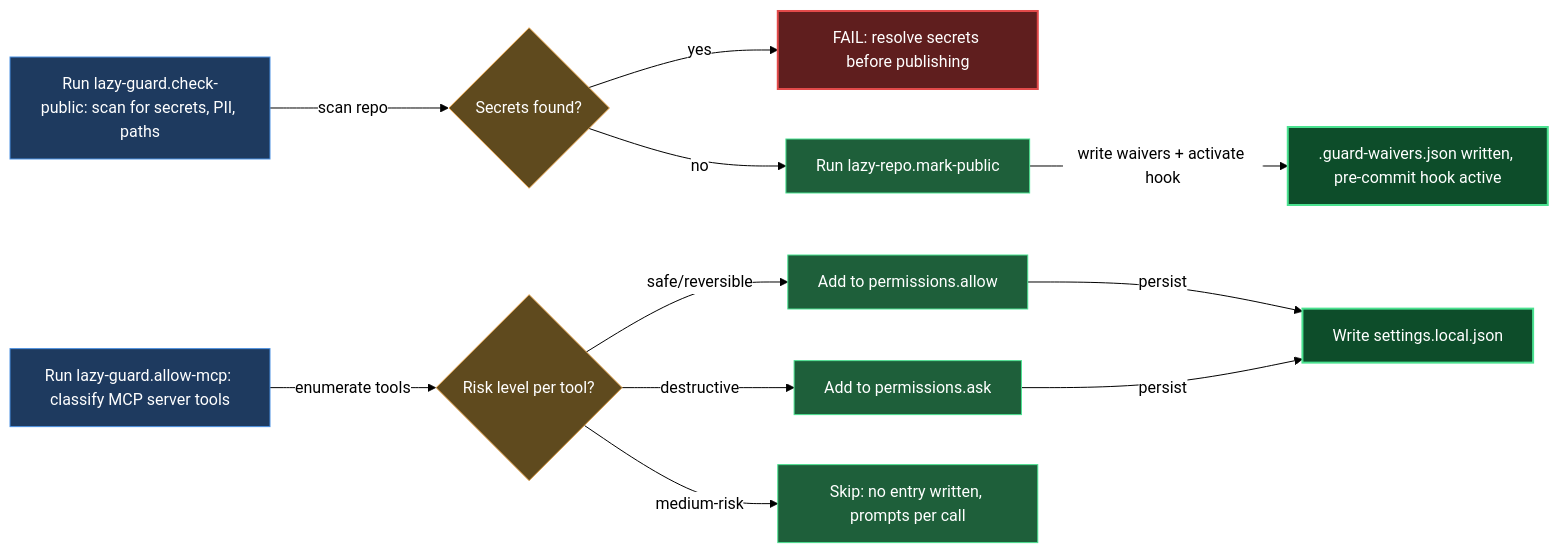
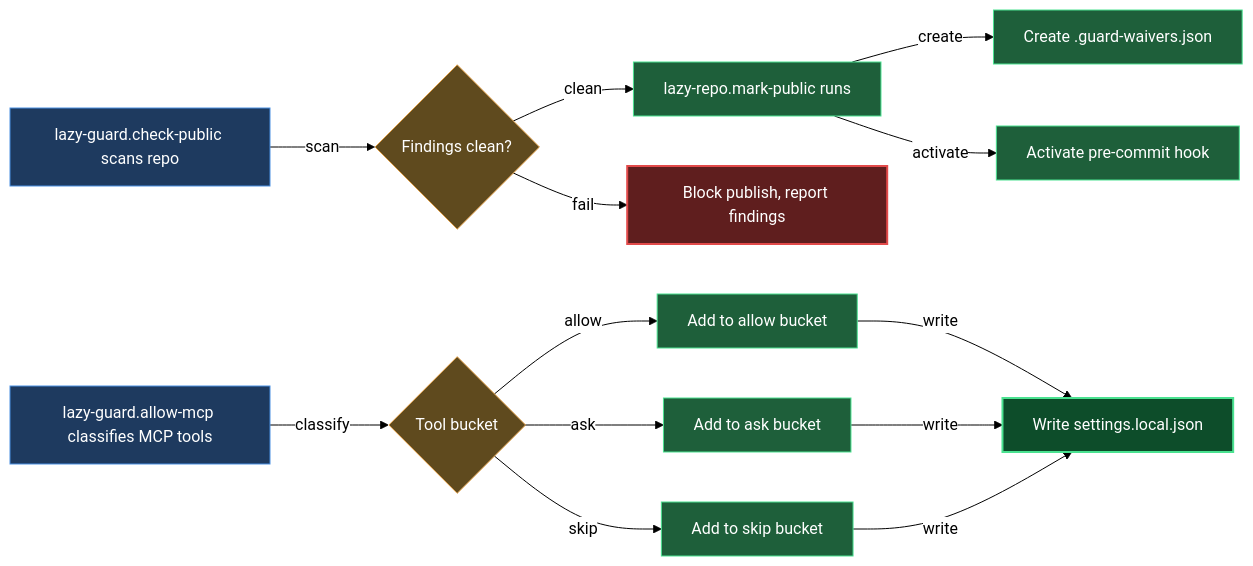
Before and after one commit to mebius-san/lazy-cortex: the diagram in claude/lazycortex-core/help/guardian.md, drawn with Mermaid. The commit also changed other lines of this file and 41 other files, not shown here.

````diff
--- a/claude/lazycortex-core/help/guardian.md
+++ b/claude/lazycortex-core/help/guardian.md
@@ -60,40 +60,48 @@
 ```mermaid
 %%{init: {'themeVariables':{'background':'transparent','lineColor':'#000','textColor':'#000','edgeLabelBackground':'#fff'},'themeCSS':'.edgeLabel{background-color:transparent!important}.edgeLabel p{background-color:transparent!important}','flowchart':{'diagramPadding':5,'useMaxWidth':true}}}%%
 flowchart LR
-  runCheckPublic[Run lazy-guard.check-public: scan for secrets, PII, paths]
-  hasSecrets{Secrets found?}
-  blockOnSecrets[FAIL: resolve secrets before publishing]
-  runMarkPublic[Run lazy-repo.mark-public]
-  repoPublic[".guard-waivers.json written, pre-commit hook active"]
-
-  runAllowMcp[Run lazy-guard.allow-mcp: classify MCP server tools]
-  classifyByRisk{Risk level per tool?}
-  addToAllowBucket[Add to permissions.allow]
-  addToAskBucket[Add to permissions.ask]
-  skipMediumRisk[Skip: no entry written, prompts per call]
+  checkPublicScans[lazy-guard.check-public scans repo]
+  findingsReady{Findings clean?}
+  markPublicRuns[lazy-repo.mark-public runs]
+  writeWaivers[Create .guard-waivers.json]
+  activateHook[Activate pre-commit hook]
+  blockPublish[Block publish, report findings]
+  allowMcpRuns[lazy-guard.allow-mcp classifies MCP tools]
+  classifyBucket{Tool bucket}
+  bucketAllow[Add to allow bucket]
+  bucketAsk[Add to ask bucket]
+  bucketSkip[Add to skip bucket]
   writeSettingsLocal[Write settings.local.json]
 
-  runCheckPublic -->|scan repo| hasSecrets
-  hasSecrets -->|yes| blockOnSecrets
-  hasSecrets -->|no| runMarkPublic
-  runMarkPublic -->|write waivers + activate hook| repoPublic
-
-  runAllowMcp -->|enumerate tools| classifyByRisk
-  classifyByRisk -->|safe/reversible| addToAllowBucket
-  classifyByRisk -->|destructive| addToAskBucket
-  classifyByRisk -->|medium-risk| skipMediumRisk
-  addToAllowBucket -->|persist| writeSettingsLocal
-  addToAskBucket -->|persist| writeSettingsLocal
+  checkPublicScans -->|scan| findingsReady
+  findingsReady -->|clean| markPublicRuns
+  findingsReady -->|fail| blockPublish
+  markPublicRuns -->|create| writeWaivers
+  markPublicRuns -->|activate| activateHook
+  allowMcpRuns -->|classify| classifyBucket
+  classifyBucket -->|allow| bucketAllow
+  classifyBucket -->|ask| bucketAsk
+  classifyBucket -->|skip| bucketSkip
+  bucketAllow -->|write| writeSettingsLocal
+  bucketAsk -->|write| writeSettingsLocal
+  bucketSkip -->|write| writeSettingsLocal
 
   classDef entry fill:#1e3a5f,stroke:#4a90e2,color:#fff
   classDef guard fill:#5f4a1e,stroke:#e2a14a,color:#fff
   classDef action fill:#1e5f3a,stroke:#4ae290,color:#fff
   classDef success fill:#0d4d2a,stroke:#4ae290,color:#fff,stroke-width:2px
   classDef error fill:#5f1e1e,stroke:#e24a4a,color:#fff,stroke-width:2px
 
-  class runCheckPublic,runAllowMcp entry
-  class hasSecrets,classifyByRisk guard
-  class runMarkPublic,addToAllowBucket,addToAskBucket,skipMediumRisk action
-  class repoPublic,writeSettingsLocal success
-  class blockOnSecrets error
+  class checkPublicScans entry
+  class allowMcpRuns entry
+  class findingsReady guard
+  class classifyBucket guard
+  class markPublicRuns action
+  class writeWaivers action
+  class activateHook action
+  class bucketAllow action
+  class bucketAsk action
+  class bucketSkip action
+  class writeSettingsLocal success
+  class blockPublish error
 ```
````
